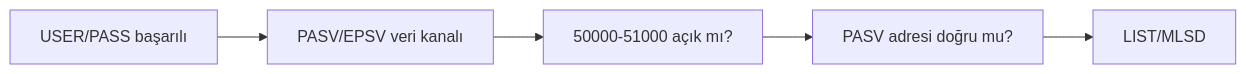
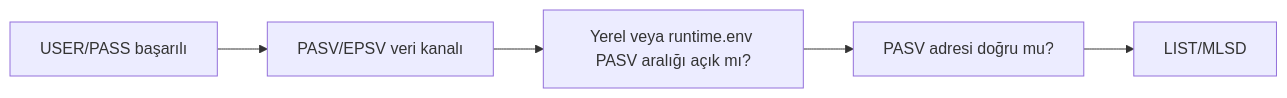
The fourth of 5 diagrams in docs/05_KURULUM_ISLETIM_VE_SORUN_GIDERME.md (ottamina/FTP_Dosya_Yonetimi), drawn with Mermaid before and after one commit. The commit also changed other lines of this file and 9 other files, not shown here.

````diff
--- a/docs/05_KURULUM_ISLETIM_VE_SORUN_GIDERME.md
+++ b/docs/05_KURULUM_ISLETIM_VE_SORUN_GIDERME.md
@@ -145,7 +176,7 @@
 ```mermaid
 flowchart LR
     Login["USER/PASS başarılı"] --> Data["PASV/EPSV veri kanalı"]
-    Data --> Firewall["50000-51000 açık mı?"]
+    Data --> Firewall["Yerel veya runtime.env PASV aralığı açık mı?"]
     Firewall --> Address["PASV adresi doğru mu?"]
     Address --> Listing["LIST/MLSD"]
 ```
````
